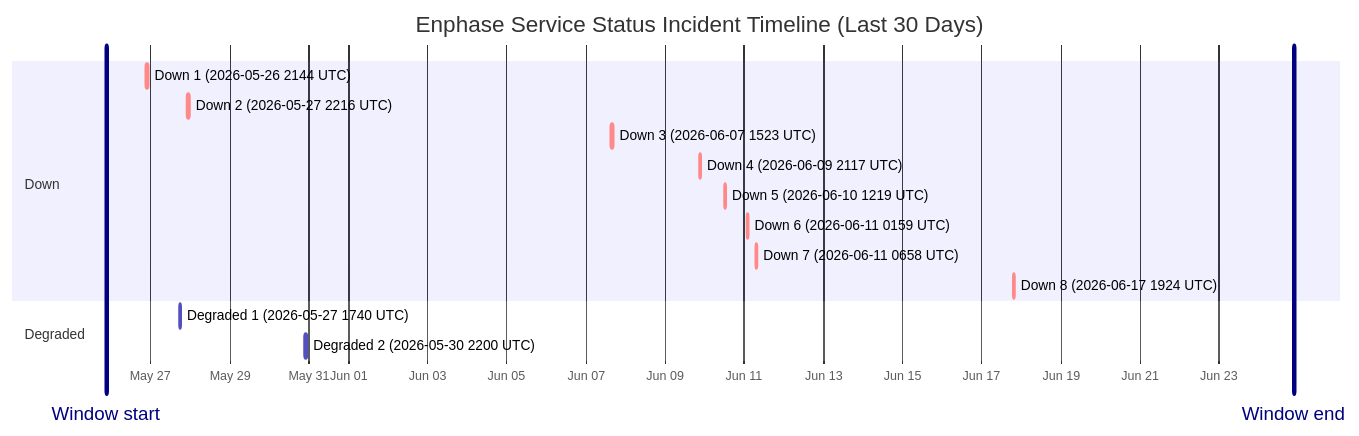
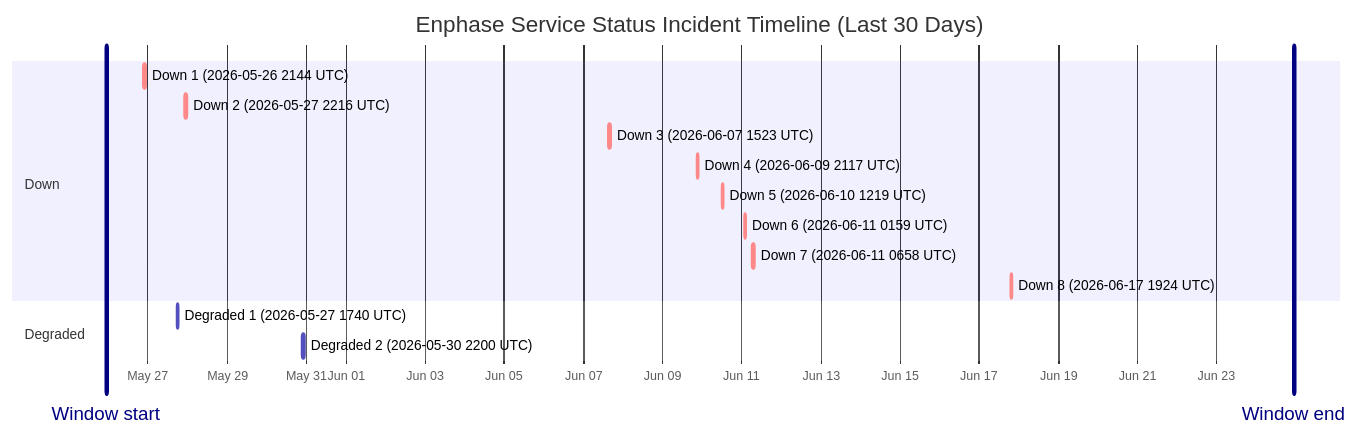
Before and after one commit to barneyonline/ha-enphase-energy: the diagram in wiki/Service-Status-History.md, drawn with Mermaid. The commit also changed other lines of this file and 3 other files, not shown here.

````diff
--- a/wiki/Service-Status-History.md
+++ b/wiki/Service-Status-History.md
@@ -14,20 +14,20 @@
 ```mermaid
 gantt
     title Enphase Service Status Incident Timeline (Last 30 Days)
     dateFormat  YYYY-MM-DDTHH:mm:ss
     axisFormat  %b %d
-    Window start :vert, window-start, 2026-05-25T21:09:16, 0ms
-    Window end :vert, window-end, 2026-06-24T21:09:16, 0ms
+    Window start :vert, window-start, 2026-05-25T22:46:26, 0ms
+    Window end :vert, window-end, 2026-06-24T22:46:26, 0ms
     section Down
     Down 1 (2026-05-26 2144 UTC) :crit, down-1, 2026-05-26T21:44:11, 85m
     Down 2 (2026-05-27 2216 UTC) :crit, down-2, 2026-05-27T22:16:53, 87m
     Down 3 (2026-06-07 1523 UTC) :crit, down-3, 2026-06-07T15:23:22, 87m
     Down 4 (2026-06-09 2117 UTC) :crit, down-4, 2026-06-09T21:17:17, 60m
     Down 5 (2026-06-10 1219 UTC) :crit, down-5, 2026-06-10T12:19:21, 60m
     Down 6 (2026-06-11 0159 UTC) :crit, down-6, 2026-06-11T01:59:36, 60m
     Down 7 (2026-06-11 0658 UTC) :crit, down-7, 2026-06-11T06:58:45, 60m
     Down 8 (2026-06-17 1924 UTC) :crit, down-8, 2026-06-17T19:24:51, 60m
     section Degraded
     Degraded 1 (2026-05-27 1740 UTC) :active, degraded-1, 2026-05-27T17:40:52, 60m
     Degraded 2 (2026-05-30 2200 UTC) :active, degraded-2, 2026-05-30T22:00:37, 60m
 ```
````
